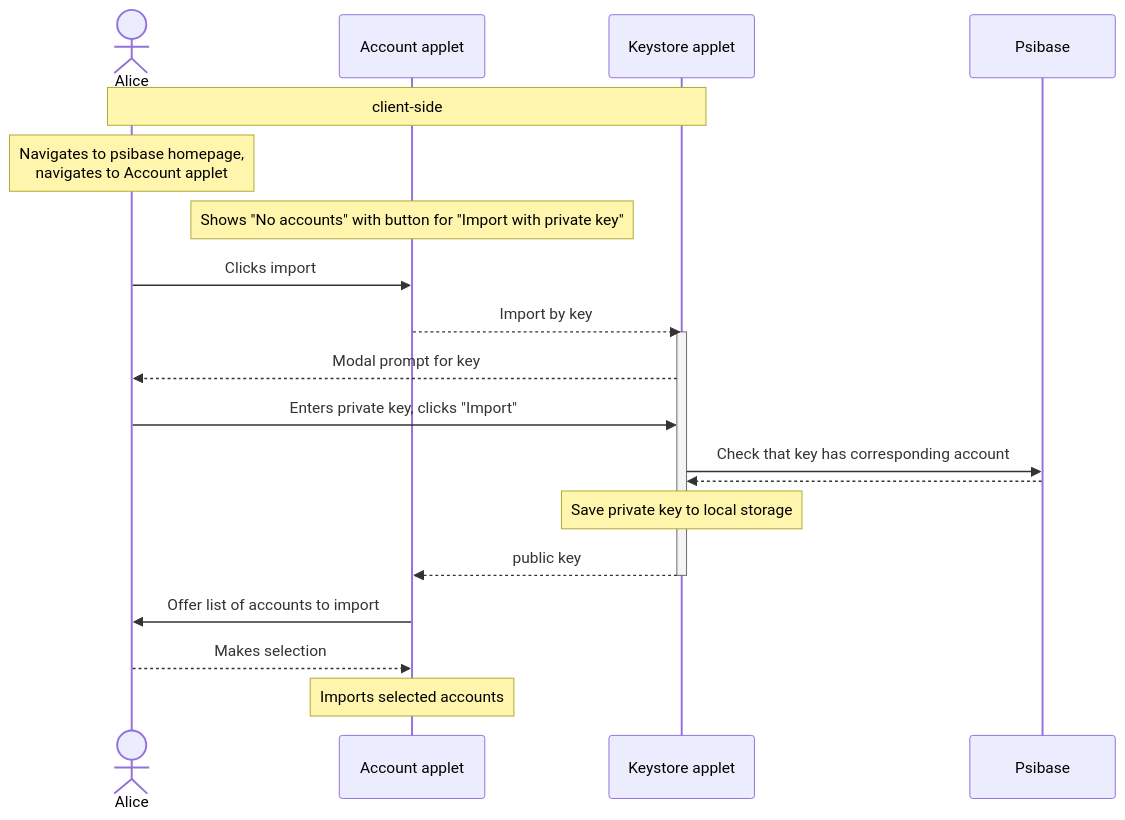
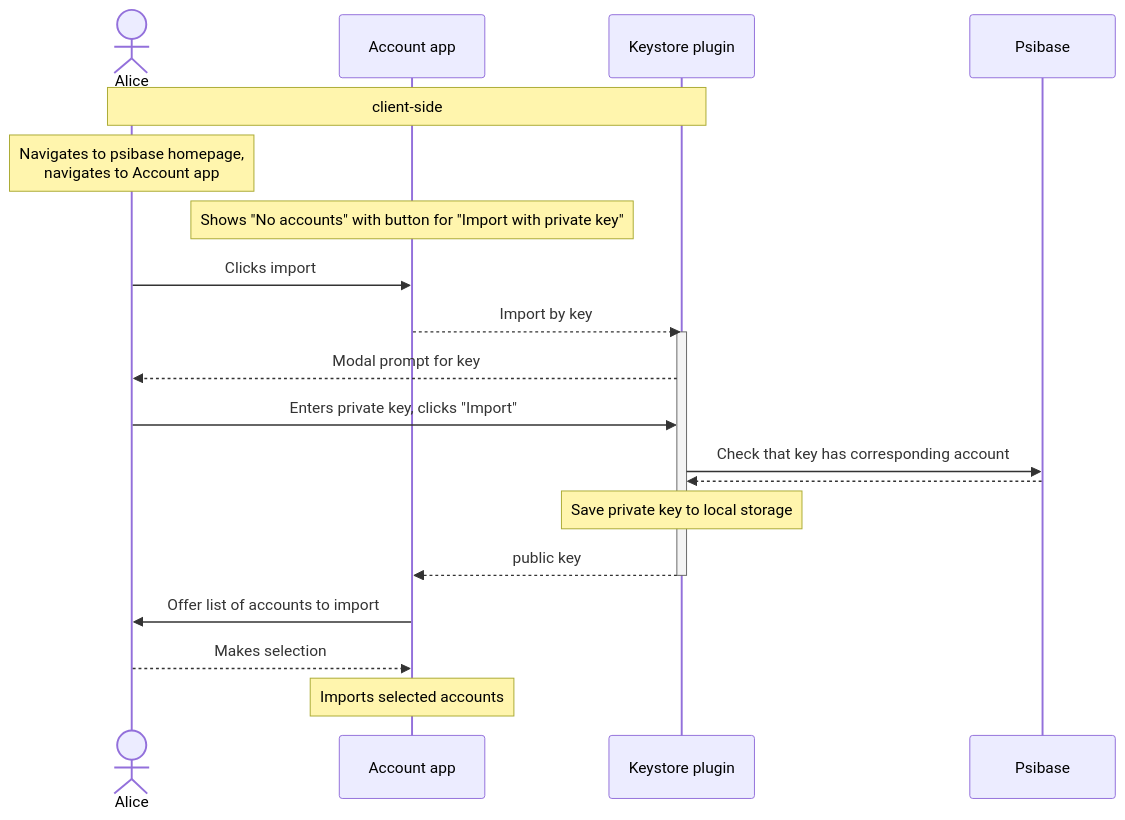
Before and after one commit to gofractally/psibase: the diagram in doc/diagrams/import-existing-account.md, drawn with Mermaid. The commit also changed 24 other files, not shown here.

Commit message:
language cleanup. 'applet'-->'app' or 'UI' or 'plugin' depending on context, and 'app interface'-->'plugin'

````diff
--- a/doc/diagrams/import-existing-account.md
+++ b/doc/diagrams/import-existing-account.md
@@ -2,27 +2,27 @@
 ```mermaid
 
 sequenceDiagram
    actor Alice
-   participant Account applet
-   participant Keystore applet
+   participant Account app
+   participant Keystore plugin
    participant Psibase
-   note over Alice, Keystore applet: client-side
+   note over Alice, Keystore plugin: client-side
 
-   Note over Alice: Navigates to psibase homepage, <br>navigates to Account applet
-   Note over Account applet: Shows "No accounts" with button for "Import with private key"
-   Alice->>Account applet: Clicks import
-   Account applet-->>Keystore applet: Import by key
-   activate Keystore applet
-   Keystore applet-->>Alice: Modal prompt for key
-   Alice->>Keystore applet: Enters private key, clicks "Import"
-   Keystore applet->>Psibase: Check that key has corresponding account
-   Psibase-->>Keystore applet: 
-   Note over Keystore applet: Save private key to local storage
-   Keystore applet-->>Account applet: public key
-   deactivate Keystore applet
+   Note over Alice: Navigates to psibase homepage, <br>navigates to Account app
+   Note over Account app: Shows "No accounts" with button for "Import with private key"
+   Alice->>Account app: Clicks import
+   Account app-->>Keystore plugin: Import by key
+   activate Keystore plugin
+   Keystore plugin-->>Alice: Modal prompt for key
+   Alice->>Keystore plugin: Enters private key, clicks "Import"
+   Keystore plugin->>Psibase: Check that key has corresponding account
+   Psibase-->>Keystore plugin: 
+   Note over Keystore plugin: Save private key to local storage
+   Keystore plugin-->>Account app: public key
+   deactivate Keystore plugin
    
-   Account applet->>Alice: Offer list of accounts to import
-   Alice-->>Account applet: Makes selection
-   Note over Account applet: Imports selected accounts
+   Account app->>Alice: Offer list of accounts to import
+   Alice-->>Account app: Makes selection
+   Note over Account app: Imports selected accounts
 
 ```
````
